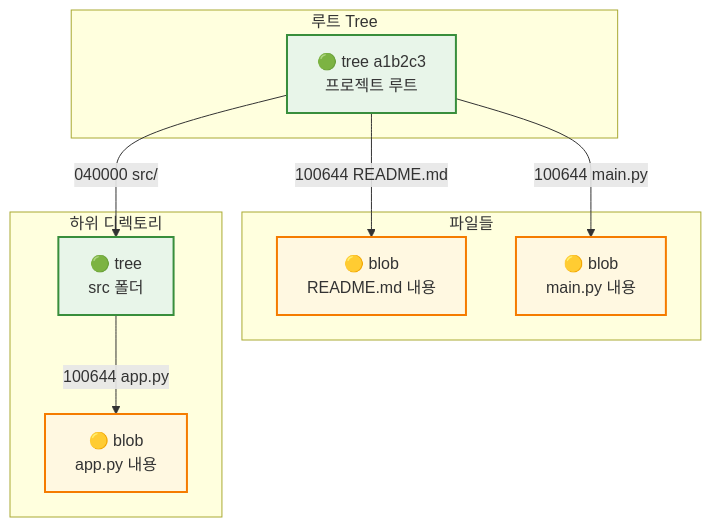
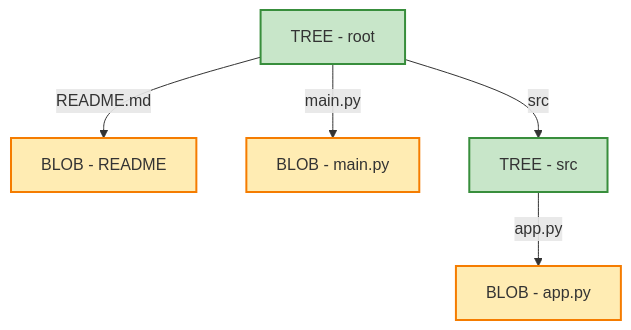
The third of 8 diagrams in content/posts/git-internals-01-object-storage.md (hiddenpunch/hiddenpunch.github.io), drawn with Mermaid before and after one commit. The commit also changed other lines of this file, not shown here.

Commit message:
Simplify Mermaid: English only, code blocks

````diff
--- a/content/posts/git-internals-01-object-storage.md
+++ b/content/posts/git-internals-01-object-storage.md
@@ -118,27 +110,19 @@
-<div class="mermaid">
+```mermaid
 flowchart TB
-    subgraph root[루트 Tree]
-        T1[🟢 tree a1b2c3<br/>프로젝트 루트]
-    end
+    T1[TREE - root]
+    B1[BLOB - README]
+    B2[BLOB - main.py]
+    T2[TREE - src]
+    B3[BLOB - app.py]
     
-    subgraph files[파일들]
-        B1[🟡 blob<br/>README.md 내용]
-        B2[🟡 blob<br/>main.py 내용]
-    end
+    T1 -->|README.md| B1
+    T1 -->|main.py| B2
+    T1 -->|src| T2
+    T2 -->|app.py| B3
     
-    subgraph subdir[하위 디렉토리]
-        T2[🟢 tree<br/>src 폴더]
-        B3[🟡 blob<br/>app.py 내용]
-    end
-    
-    T1 -->|"100644 README.md"| B1
-    T1 -->|"100644 main.py"| B2
-    T1 -->|"040000 src/"| T2
-    T2 -->|"100644 app.py"| B3
-    
-    style T1 fill:#e8f5e9,stroke:#388e3c,stroke-width:2px
-    style T2 fill:#e8f5e9,stroke:#388e3c,stroke-width:2px
-    style B1 fill:#fff8e1,stroke:#f57c00,stroke-width:2px
-    style B2 fill:#fff8e1,stroke:#f57c00,stroke-width:2px
-    style B3 fill:#fff8e1,stroke:#f57c00,stroke-width:2px
-</div>
+    style T1 fill:#c8e6c9,stroke:#388e3c,stroke-width:2px
+    style T2 fill:#c8e6c9,stroke:#388e3c,stroke-width:2px
+    style B1 fill:#ffecb3,stroke:#f57c00,stroke-width:2px
+    style B2 fill:#ffecb3,stroke:#f57c00,stroke-width:2px
+    style B3 fill:#ffecb3,stroke:#f57c00,stroke-width:2px
+```
````
